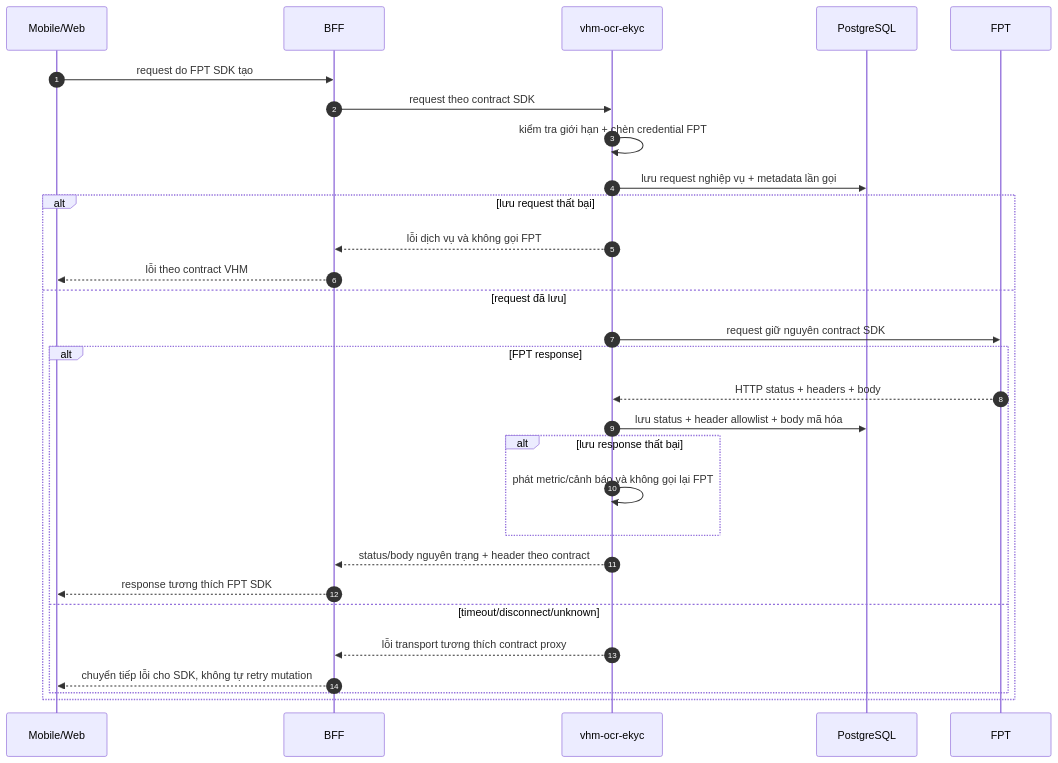
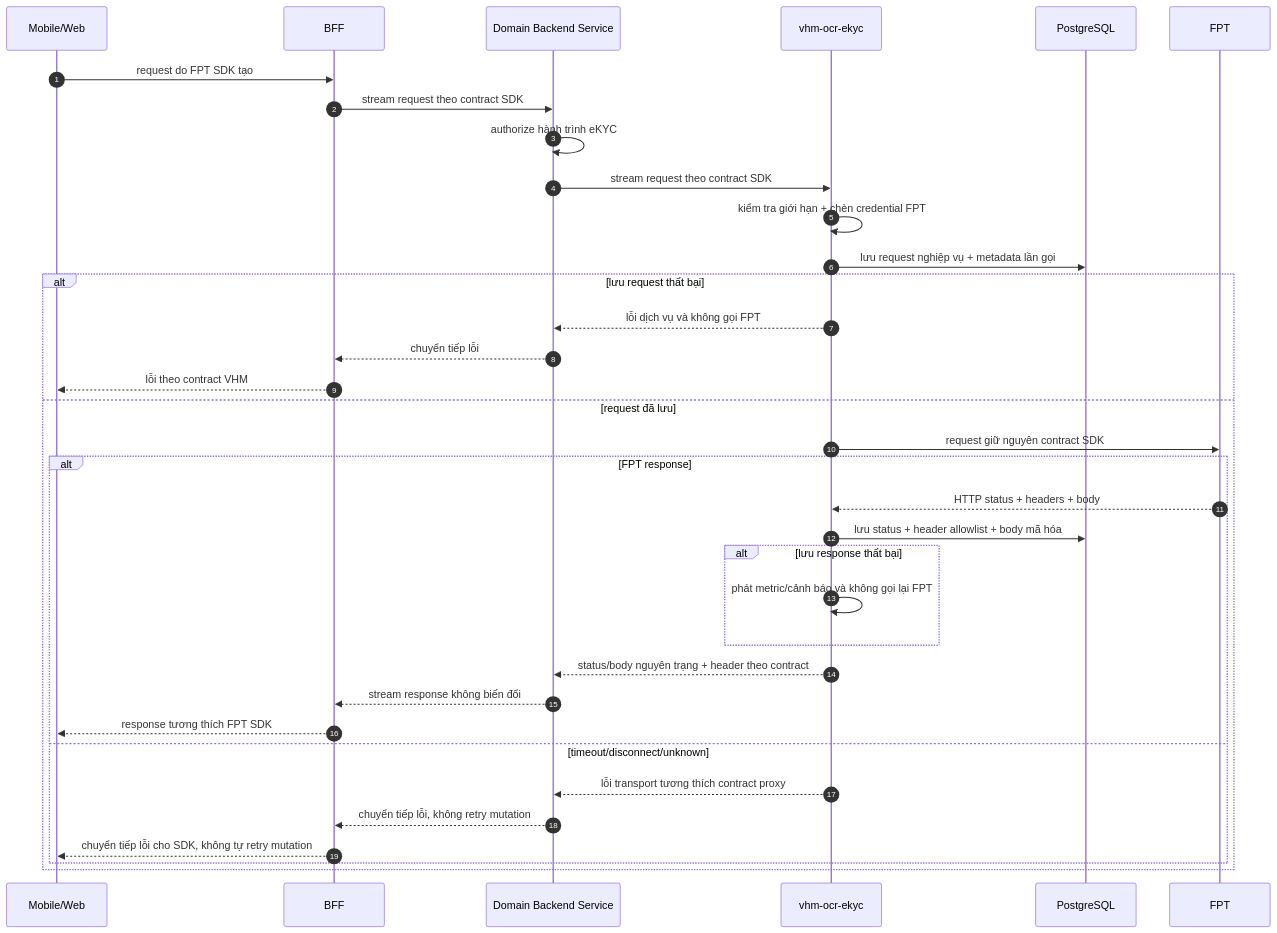
One commit to huynv-xyz/vhm changed diagram 11 of 12 in tdd-ocr-ekyc.md. Above: the diagram before and after it, drawn with Mermaid. The commit also changed other lines of this file, not shown here.

````diff
--- a/tdd-ocr-ekyc.md
+++ b/tdd-ocr-ekyc.md
@@ -1063,32 +1072,38 @@
 ```mermaid
 sequenceDiagram
     autonumber
     participant C as Mobile/Web
     participant B as BFF
+    participant N as Domain Backend Service
     participant E as vhm-ocr-ekyc
     participant D as PostgreSQL
     participant F as FPT
 
     C->>B: request do FPT SDK tạo
-    B->>E: request theo contract SDK
+    B->>N: stream request theo contract SDK
+    N->>N: authorize hành trình eKYC
+    N->>E: stream request theo contract SDK
     E->>E: kiểm tra giới hạn + chèn credential FPT
     E->>D: lưu request nghiệp vụ + metadata lần gọi
     alt lưu request thất bại
-        E-->>B: lỗi dịch vụ và không gọi FPT
+        E-->>N: lỗi dịch vụ và không gọi FPT
+        N-->>B: chuyển tiếp lỗi
         B-->>C: lỗi theo contract VHM
     else request đã lưu
     E->>F: request giữ nguyên contract SDK
       alt FPT response
         F-->>E: HTTP status + headers + body
         E->>D: lưu status + header allowlist + body mã hóa
         alt lưu response thất bại
             E->>E: phát metric/cảnh báo và không gọi lại FPT
         end
-        E-->>B: status/body nguyên trạng + header theo contract
+        E-->>N: status/body nguyên trạng + header theo contract
+        N-->>B: stream response không biến đổi
         B-->>C: response tương thích FPT SDK
       else timeout/disconnect/unknown
-        E-->>B: lỗi transport tương thích contract proxy
+        E-->>N: lỗi transport tương thích contract proxy
+        N-->>B: chuyển tiếp lỗi, không retry mutation
         B-->>C: chuyển tiếp lỗi cho SDK, không tự retry mutation
       end
     end
 ```
````
